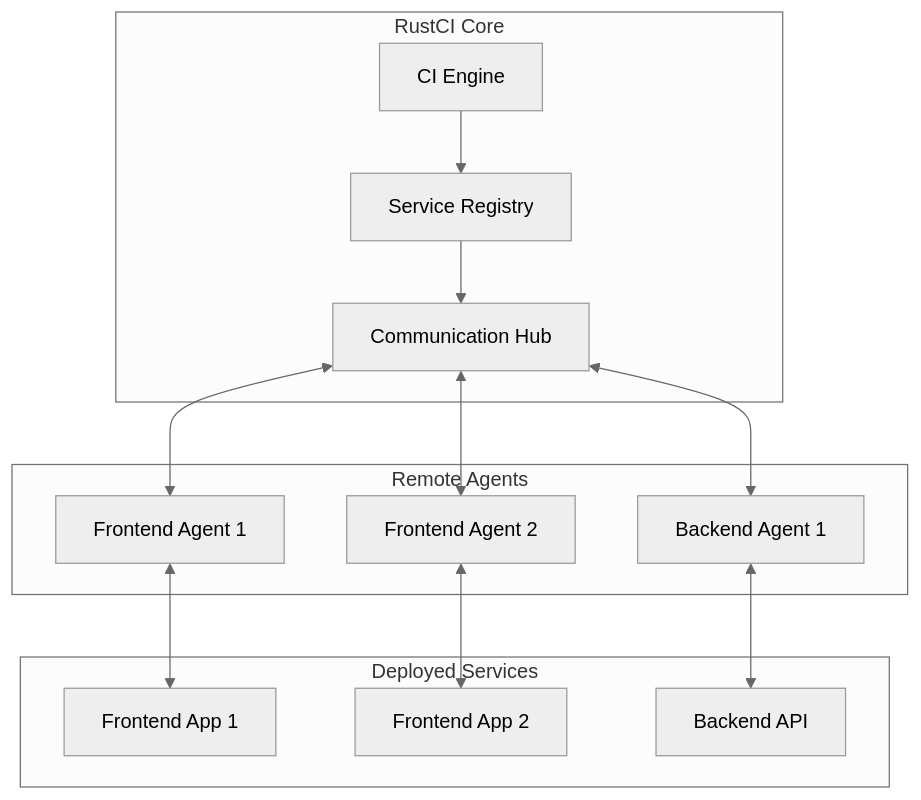
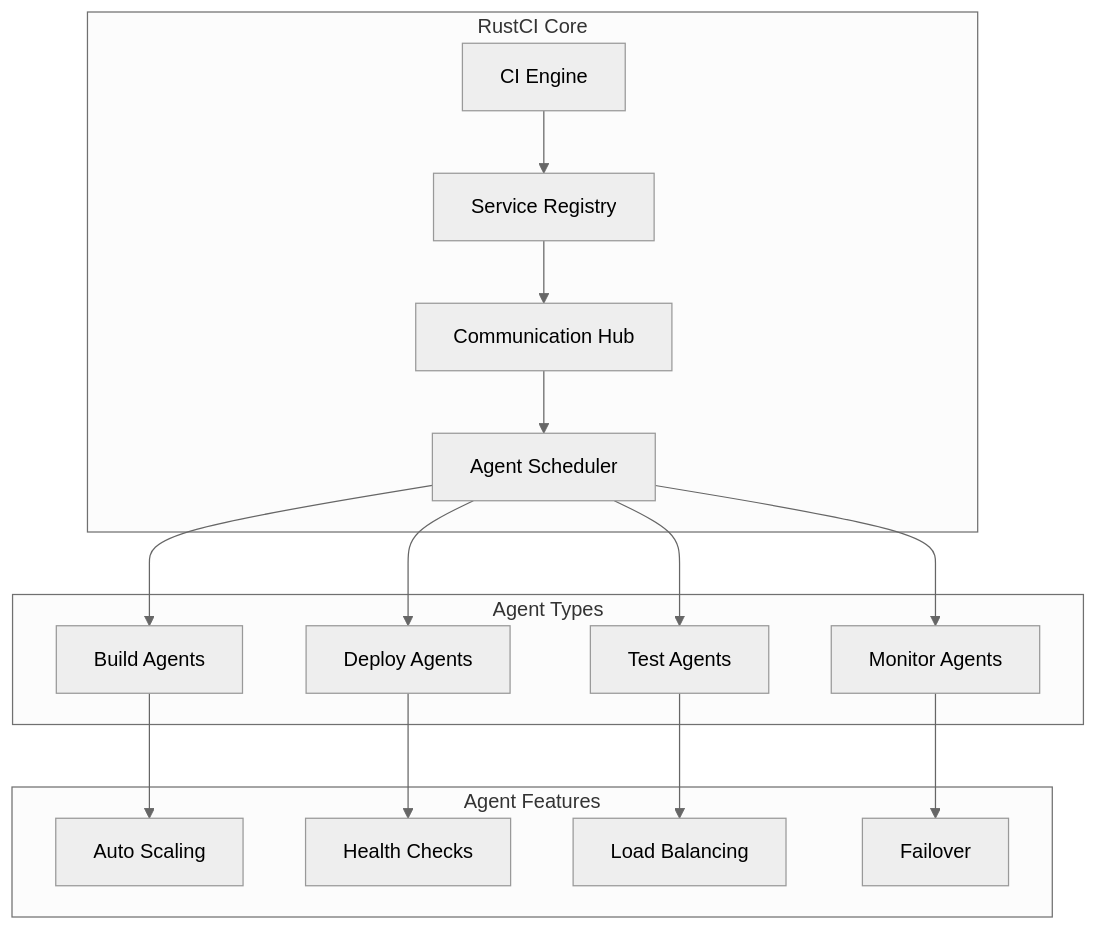
Before and after one commit to RitabrataRoychowdhury/RustCI: diagram 12 of 14 in SYSTEM_DESIGN.md, drawn with Mermaid (neutral theme). The commit also changed other lines of this file, not shown here.

Commit message:
added features

````diff
--- a/SYSTEM_DESIGN.md
+++ b/SYSTEM_DESIGN.md
@@ -508,30 +941,37 @@
 ```mermaid
 graph TB
     subgraph "RustCI Core"
         CORE[CI Engine]
         REGISTRY[Service Registry]
         COMM[Communication Hub]
+        SCHEDULER[Agent Scheduler]
     end
     
-    subgraph "Remote Agents"
-        AGENT1[Frontend Agent 1]
-        AGENT2[Frontend Agent 2]
-        AGENT3[Backend Agent 1]
+    subgraph "Agent Types"
+        BUILD[Build Agents]
+        DEPLOY[Deploy Agents]
+        TEST[Test Agents]
+        MONITOR[Monitor Agents]
     end
     
-    subgraph "Deployed Services"
-        SERVICE1[Frontend App 1]
-        SERVICE2[Frontend App 2]
-        SERVICE3[Backend API]
+    subgraph "Agent Features"
+        AUTO_SCALE[Auto Scaling]
+        HEALTH[Health Checks]
+        LOAD_BALANCE[Load Balancing]
+        FAILOVER[Failover]
     end
     
     CORE --> REGISTRY
     REGISTRY --> COMM
-    COMM <--> AGENT1
-    COMM <--> AGENT2
-    COMM <--> AGENT3
+    COMM --> SCHEDULER
     
-    AGENT1 <--> SERVICE1
-    AGENT2 <--> SERVICE2
-    AGENT3 <--> SERVICE3
+    SCHEDULER --> BUILD
+    SCHEDULER --> DEPLOY
+    SCHEDULER --> TEST
+    SCHEDULER --> MONITOR
+    
+    BUILD --> AUTO_SCALE
+    DEPLOY --> HEALTH
+    TEST --> LOAD_BALANCE
+    MONITOR --> FAILOVER
 ```
````
